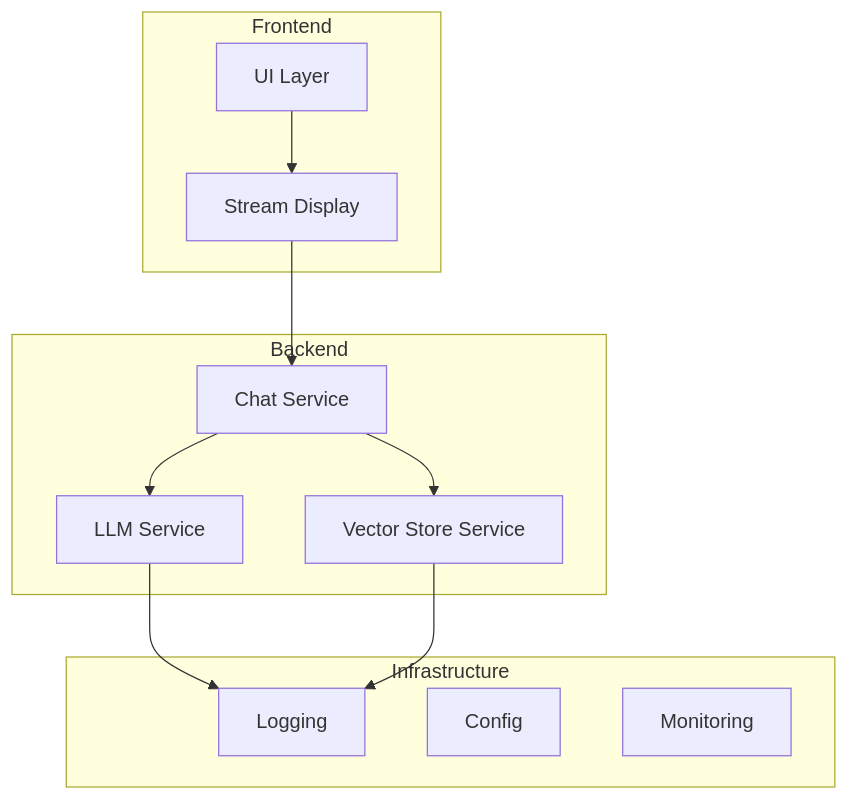
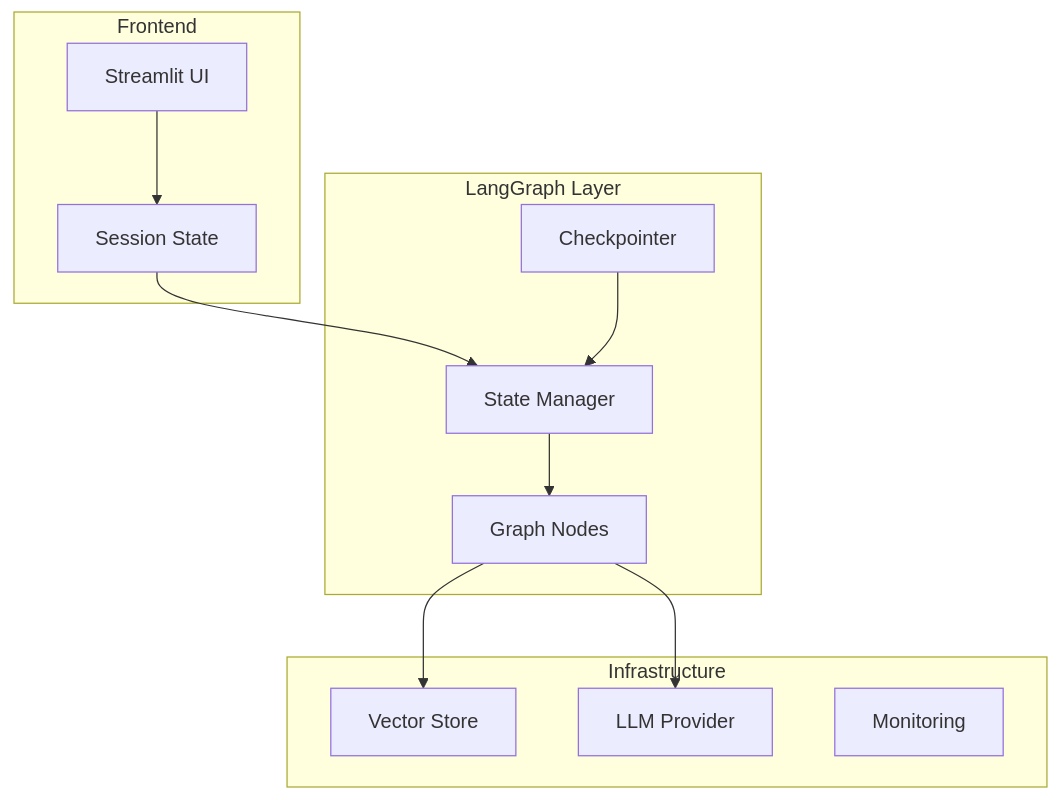
Before and after one commit to laialex501/lorechat-container: the first of 3 diagrams in memory-bank/systemPatterns.md, drawn with Mermaid. The commit also changed other lines of this file and 30 other files, not shown here.

````diff
--- a/memory-bank/systemPatterns.md
+++ b/memory-bank/systemPatterns.md
@@ -32,26 +5,26 @@
 ```mermaid
 graph TD
-    subgraph Frontend
-        A[UI Layer]
-        B[Stream Display]
+    subgraph "Frontend"
+        A[Streamlit UI]
+        B[Session State]
     end
     
-    subgraph Backend
-        C[Chat Service]
-        D[LLM Service]
-        E[Vector Store Service]
+    subgraph "LangGraph Layer"
+        C[State Manager]
+        D[Graph Nodes]
+        E[Checkpointer]
     end
     
-    subgraph Infrastructure
-        F[Logging]
-        G[Config]
+    subgraph "Infrastructure"
+        F[Vector Store]
+        G[LLM Provider]
         H[Monitoring]
     end
     
     A --> B
     B --> C
     C --> D
-    C --> E
     D --> F
-    E --> F
+    D --> G
+    E --> C
 ```
````
